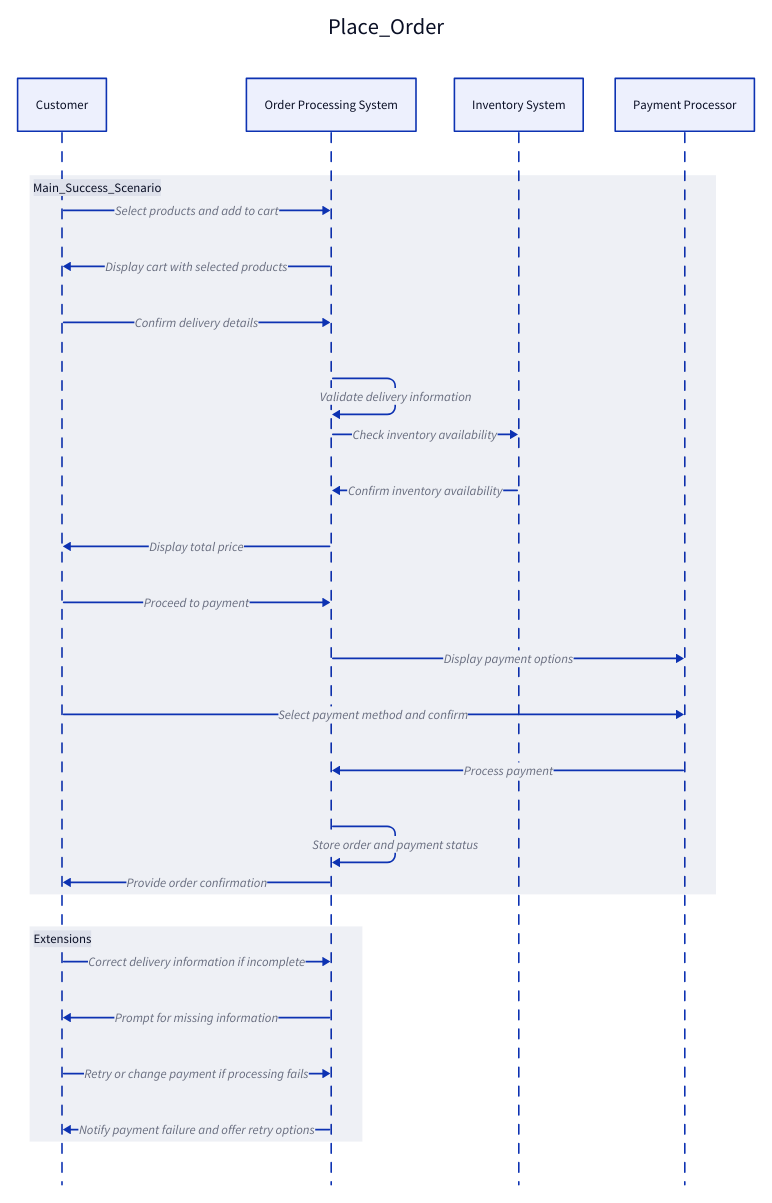
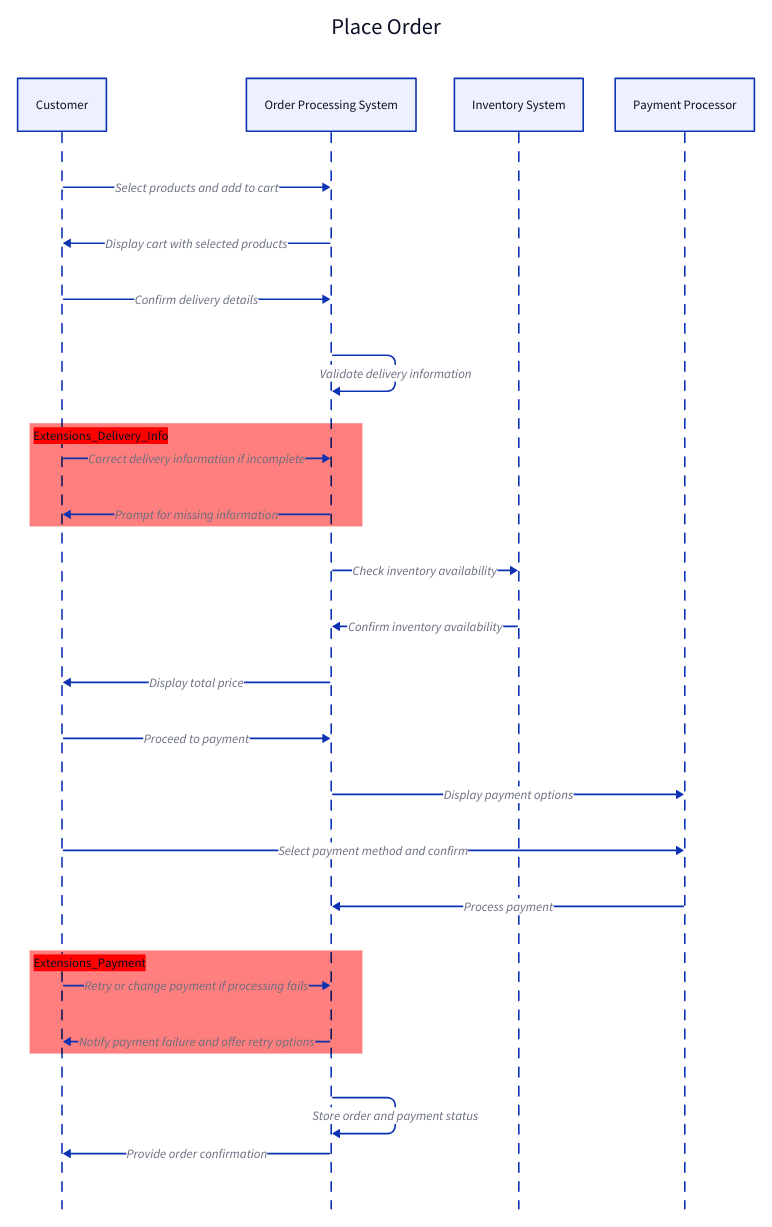
One commit to Arqamz/hawktu-logistics changed the diagram in documentation/diagrams/system-sequence.d2. Above: the diagram before and after it, drawn with D2. The commit also changed 1 other file, not shown here.

Commit message:
changed system sequence diagram to add color

```diff
--- a/documentation/diagrams/system-sequence.d2
+++ b/documentation/diagrams/system-sequence.d2
@@ -1,37 +1,42 @@
-Place_Order: {
+Place Order: {
   shape: sequence_diagram
 
   Customer: "Customer"
   OrderSystem: "Order Processing System"
   Inventory: "Inventory System"
   Payment: "Payment Processor"
 
-  Main_Success_Scenario: {
-    Customer -> OrderSystem: "Select products and add to cart"
-    OrderSystem -> Customer: "Display cart with selected products"
+  Customer -> OrderSystem: "Select products and add to cart"
+  OrderSystem -> Customer: "Display cart with selected products"
 
-    Customer -> OrderSystem: "Confirm delivery details"
-    OrderSystem -> OrderSystem: "Validate delivery information"
+  Customer -> OrderSystem: "Confirm delivery details"
+  OrderSystem -> OrderSystem: "Validate delivery information"
 
-    OrderSystem -> Inventory: "Check inventory availability"
-    Inventory -> OrderSystem: "Confirm inventory availability"
-
-    OrderSystem -> Customer: "Display total price"
-    Customer -> OrderSystem: "Proceed to payment"
-
-    OrderSystem -> Payment: "Display payment options"
-    Customer -> Payment: "Select payment method and confirm"
-    Payment -> OrderSystem: "Process payment"
-
-    OrderSystem -> OrderSystem: "Store order and payment status"
-    OrderSystem -> Customer: "Provide order confirmation"
+  "Extensions_Delivery_Info": {
+    shape: rectangle
+    style.fill: RED
+    Customer -> OrderSystem: "Correct delivery information if incomplete"
+    OrderSystem -> Customer: "Prompt for missing information"
   }
 
-  Extensions: {
-    Customer -> OrderSystem: "Correct delivery information if incomplete"
-    OrderSystem -> Customer: "Prompt for missing information"
+  OrderSystem -> Inventory: "Check inventory availability"
+  Inventory -> OrderSystem: "Confirm inventory availability"
 
+  OrderSystem -> Customer: "Display total price"
+  Customer -> OrderSystem: "Proceed to payment"
+
+  OrderSystem -> Payment: "Display payment options"
+  Customer -> Payment: "Select payment method and confirm"
+  
+  Payment -> OrderSystem: "Process payment"
+
+  "Extensions_Payment": {
+    shape: rectangle
+    style.fill: RED
     Customer -> OrderSystem: "Retry or change payment if processing fails"
     OrderSystem -> Customer: "Notify payment failure and offer retry options"
   }
+
+  OrderSystem -> OrderSystem: "Store order and payment status"
+  OrderSystem -> Customer: "Provide order confirmation"
 }
```
